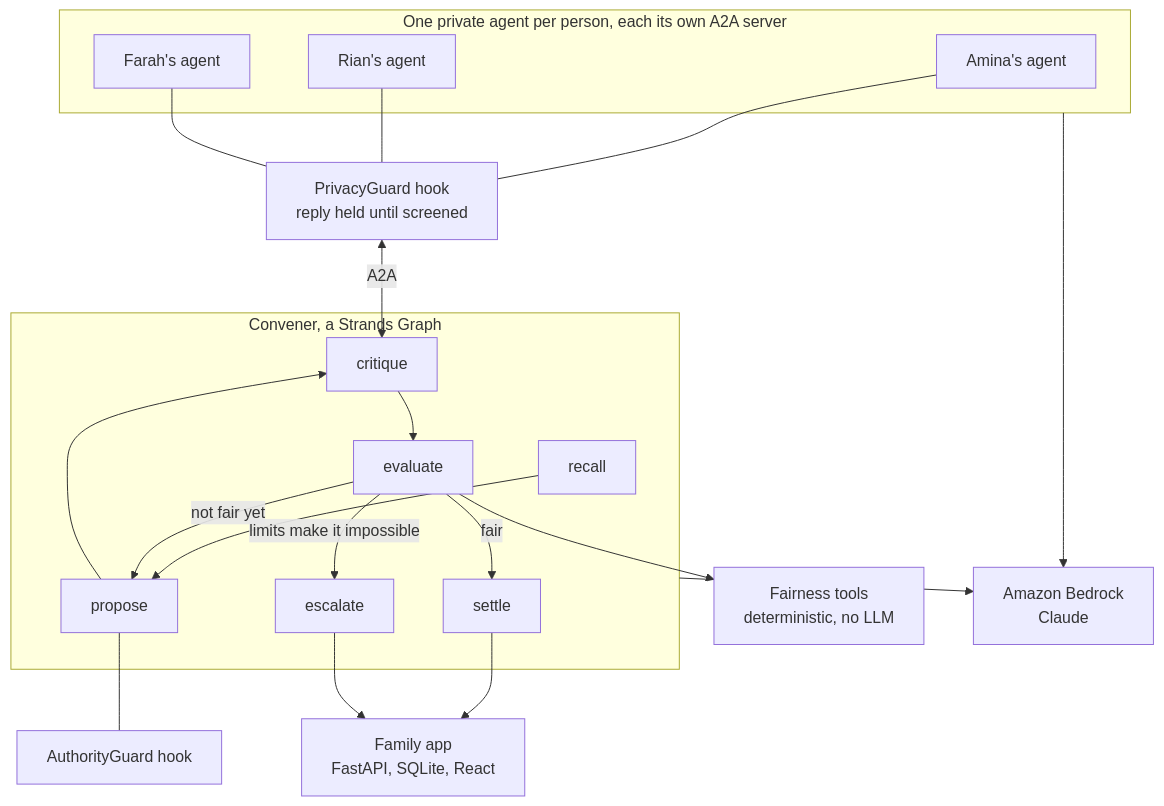
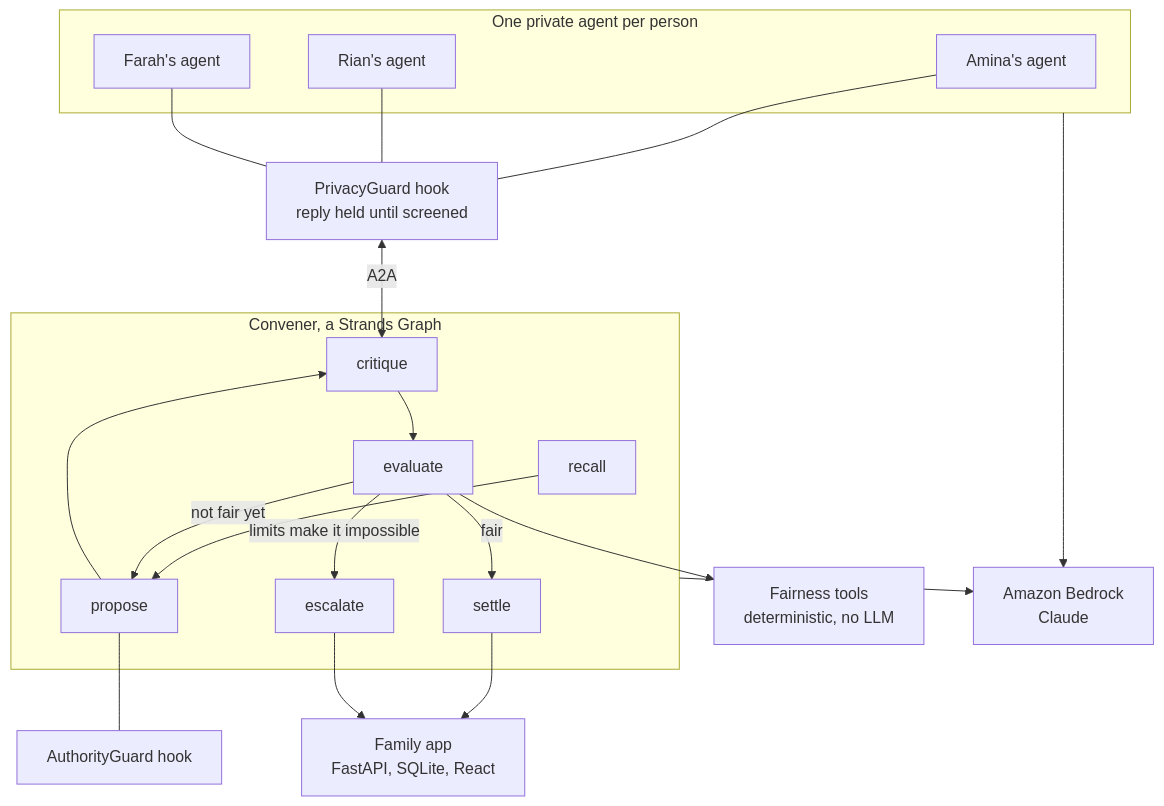
Before and after one commit to ahammadshawki8/Shoulder: the second of 2 diagrams in submission/devpost-story.md, drawn with Mermaid. The commit also changed other lines of this file and 7 other files, not shown here.

````diff
--- a/submission/devpost-story.md
+++ b/submission/devpost-story.md
@@ -78,26 +78,26 @@
 ```mermaid
 flowchart TB
-    subgraph People["One private agent per person, each its own A2A server"]
+    subgraph People["One private agent per person"]
         PA["Amina's agent"]
         PR["Rian's agent"]
         PF["Farah's agent"]
     end
     G["PrivacyGuard hook<br/>reply held until screened"]
     subgraph Convener["Convener, a Strands Graph"]
         N1["recall"] --> N2["propose"] --> N3["critique"] --> N4["evaluate"]
         N4 -->|"not fair yet"| N2
         N4 -->|"fair"| N5["settle"]
         N4 -->|"limits make it impossible"| N6["escalate"]
     end
     T["Fairness tools<br/>deterministic, no LLM"]
     A["AuthorityGuard hook"]
     B["Amazon Bedrock<br/>Claude"]
     PA & PR & PF --- G
     G <-->|"A2A"| N3
     N4 --> T
     N2 --- A
     Convener --> B
     People --> B
     N5 --> APP["Family app<br/>FastAPI, SQLite, React"]
     N6 --> APP
 ```
````
